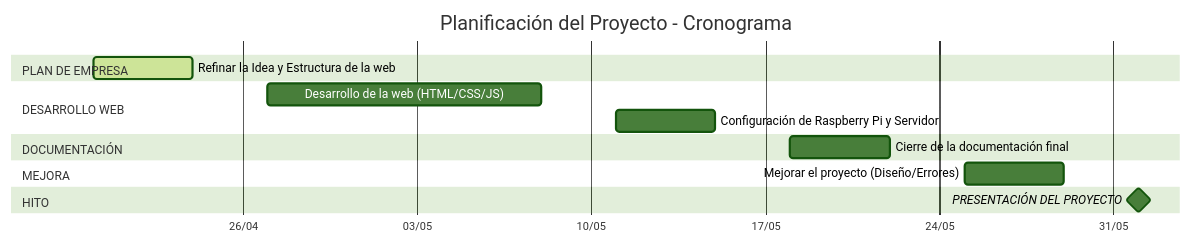
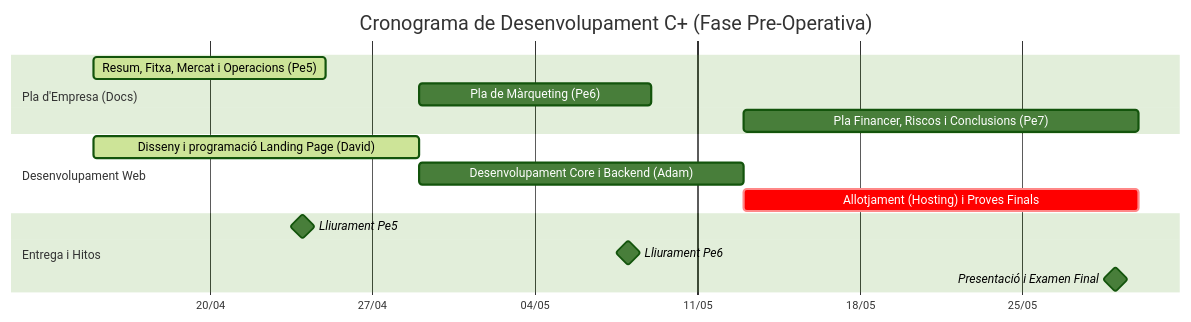
The diagram in gantt.md (Asdiz10/proyecto-final), drawn with Mermaid (forest theme) before and after one commit. The commit also changed 2 other files, not shown here.

````diff
--- a/gantt.md
+++ b/gantt.md
@@ -3,23 +3,21 @@
 ```mermaid
 gantt
-    title Planificación del Proyecto - Cronograma
+    title Cronograma de Desenvolupament C+ (Fase Pre-Operativa)
     dateFormat  YYYY-MM-DD
     axisFormat  %d/%m
-    tickInterval 1week
 
-    section PLAN DE EMPRESA
-    Refinar la Idea y Estructura de la web :active, a1, 2026-04-20, 2026-04-24
+    section Pla d'Empresa (Docs)
+    Resum, Fitxa, Mercat i Operacions (Pe5) :active, doc1, 2025-04-15, 10d
+    Pla de Màrqueting (Pe6)                 :doc2, 2025-04-29, 10d
+    Pla Financer, Riscos i Conclusions (Pe7):doc3, 2025-05-13, 17d
 
-    section DESARROLLO WEB
-    Desarrollo de la web (HTML/CSS/JS)    :a2, 2026-04-27, 2026-05-08
-    Configuración de Raspberry Pi y Servidor :a3, 2026-05-11, 2026-05-15
+    section Desenvolupament Web
+    Disseny i programació Landing Page (David) :active, web1, 2025-04-15, 14d
+    Desenvolupament Core i Backend (Adam)     :web2, 2025-04-29, 14d
+    Allotjament (Hosting) i Proves Finals    :crit, web3, 2025-05-13, 17d
 
-    section DOCUMENTACIÓN
-    Cierre de la documentación final       :a4, 2026-05-18, 2026-05-22
-
-    section MEJORA
-    Mejorar el proyecto (Diseño/Errores)   :a5, 2026-05-25, 2026-05-29
-
-    section HITO
-    PRESENTACIÓN DEL PROYECTO              :milestone, m1, 2026-06-01, 2026-06-01
+    section Entrega i Hitos
+    Lliurament Pe5 :milestone, m1, 2025-04-24, 0d
+    Lliurament Pe6 :milestone, m2, 2025-05-08, 0d
+    Presentació i Examen Final :milestone, m3, 2025-05-29, 0d
 ```
````
